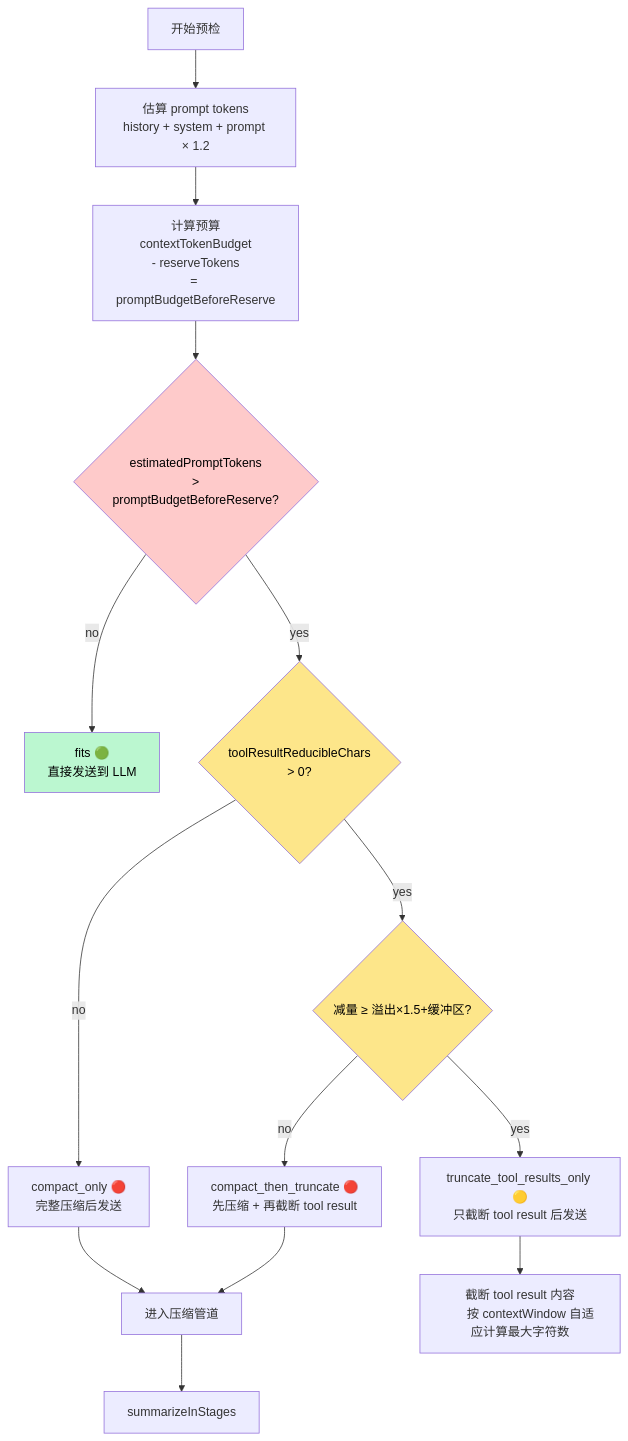
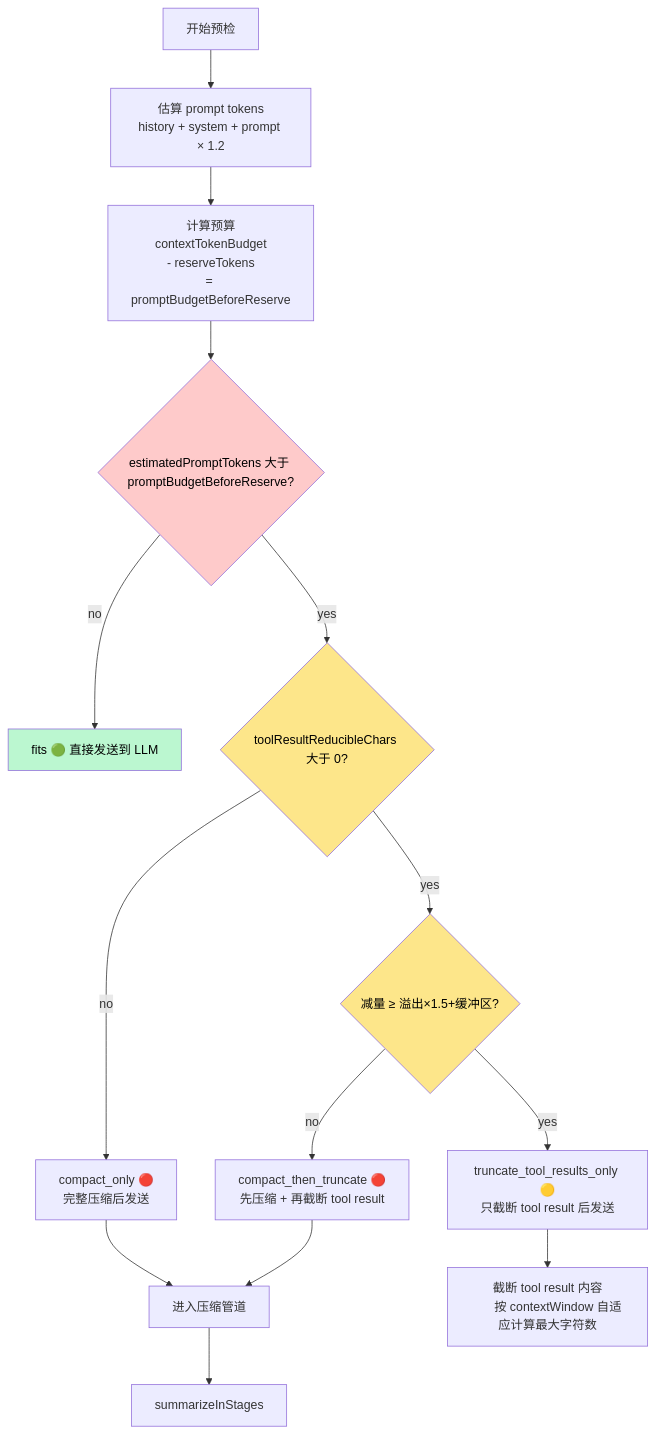
Before and after one commit to hongqi-lgs/openclaw: the third of 4 diagrams in study-doc/12-上下文管理.md, drawn with Mermaid. The commit also changed other lines of this file, not shown here.

Commit message:
fix(上下文管理): 修正Mermaid图4语法，替换HTML实体为中文

````diff
--- a/study-doc/12-上下文管理.md
+++ b/study-doc/12-上下文管理.md
@@ -505,23 +505,23 @@
 ```mermaid
 flowchart TD
     A[开始预检] --> B[估算 prompt tokens<br/>history + system + prompt × 1.2]
     B --> C[计算预算<br/>contextTokenBudget<br/>- reserveTokens<br/>= promptBudgetBeforeReserve]
-    C --> D{estimatedPromptTokens<br/>&gt;<br/>promptBudgetBeforeReserve?}
-    D -- no --> E[fits 🟢<br/>直接发送到 LLM]
-    D -- yes --> F{toolResultReducibleChars<br/>&gt; 0?}
+    C --> D{estimatedPromptTokens 大于 promptBudgetBeforeReserve?}
+    D -- no --> E[fits 🟢 直接发送到 LLM]
+    D -- yes --> F{toolResultReducibleChars 大于 0?}
     F -- no --> G[compact_only 🔴<br/>完整压缩后发送]
     F -- yes --> H{减量 ≥ 溢出×1.5+缓冲区?}
     H -- yes --> I[truncate_tool_results_only 🟡<br/>只截断 tool result 后发送]
     H -- no --> J[compact_then_truncate 🔴<br/>先压缩 + 再截断 tool result]
 
     G --> K[进入压缩管道]
     J --> K
     I --> L[截断 tool result 内容
       按 contextWindow 自适应计算最大字符数]
     K --> M[summarizeInStages]
 
     style D fill:#fecaca,color:#000
     style E fill:#bbf7d0,color:#000
     style F fill:#fde68a,color:#000
     style H fill:#fde68a,color:#000
 ```
````
